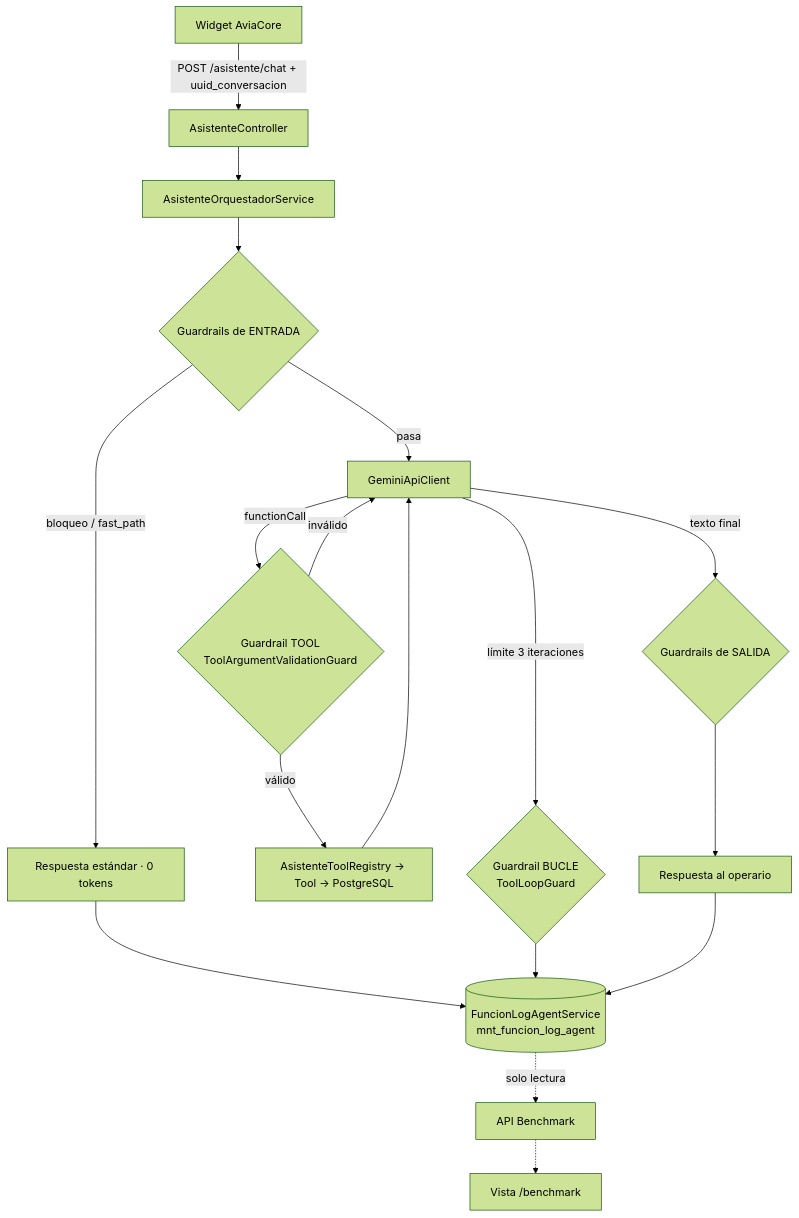
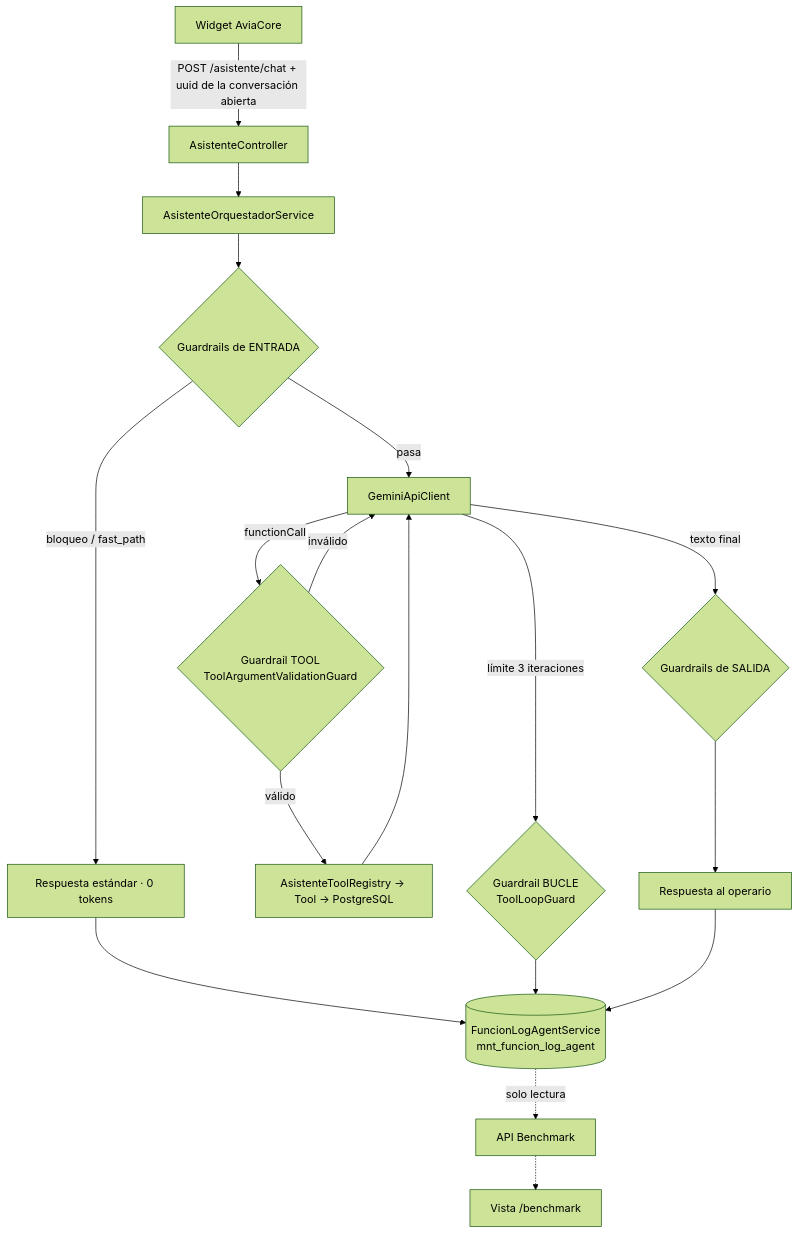
Before and after one commit to ivanhenrygodoy/avicola-backend-api: the diagram in docs/aviacore-benchmark-guardrails.md, drawn with Mermaid (forest theme). The commit also changed other lines of this file and 3 other files, not shown here.

````diff
--- a/docs/aviacore-benchmark-guardrails.md
+++ b/docs/aviacore-benchmark-guardrails.md
@@ -66,19 +67,19 @@
 ```mermaid
 flowchart TD
-    A[Widget AviaCore] -->|POST /asistente/chat + uuid_conversacion| B[AsistenteController]
+    A[Widget AviaCore] -->|POST /asistente/chat + uuid de la conversación abierta| B[AsistenteController]
     B --> C[AsistenteOrquestadorService]
     C --> D{Guardrails de ENTRADA}
     D -->|bloqueo / fast_path| R[Respuesta estándar · 0 tokens]
     D -->|pasa| E[GeminiApiClient]
     E -->|functionCall| F{Guardrail TOOL<br/>ToolArgumentValidationGuard}
     F -->|inválido| E
     F -->|válido| G[AsistenteToolRegistry → Tool → PostgreSQL]
     G --> E
     E -->|límite 3 iteraciones| H{Guardrail BUCLE<br/>ToolLoopGuard}
     E -->|texto final| I{Guardrails de SALIDA}
     I --> J[Respuesta al operario]
     R --> K[(FuncionLogAgentService<br/>mnt_funcion_log_agent)]
     H --> K
     J --> K
     K -.->|solo lectura| L[API Benchmark] -.-> M[Vista /benchmark]
 ```
````
